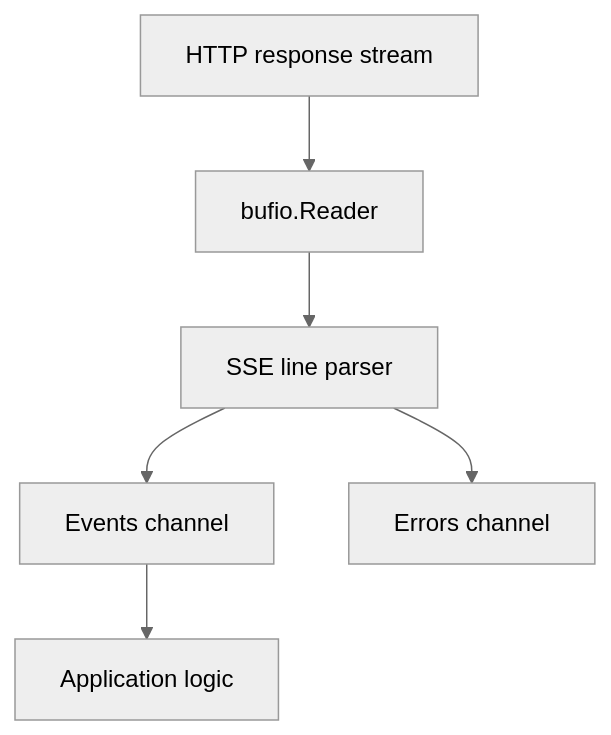
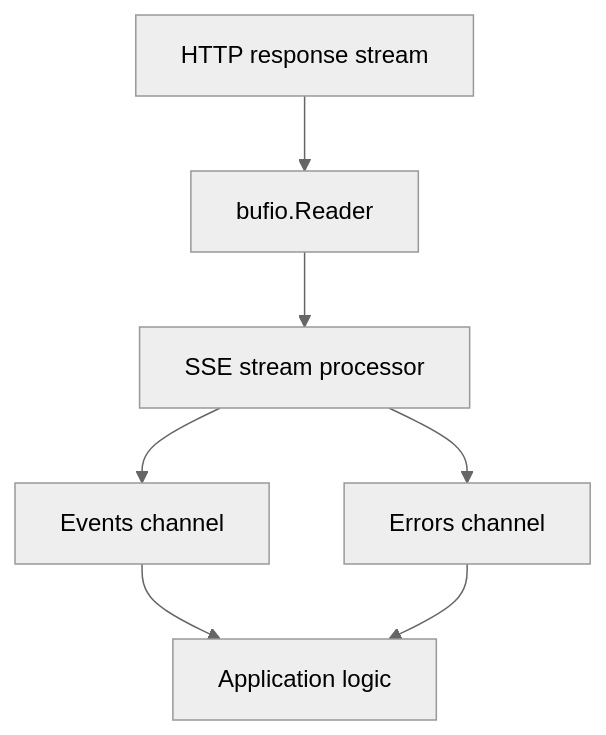
Diagram 14 of 23 in BOOK.md (pergus/api-server), drawn with Mermaid (neutral theme) before and after one commit. The commit also changed other lines of this file, not shown here.

Commit message:
Fixed Listing/Figure numbering

````diff
--- a/BOOK.md
+++ b/BOOK.md
@@ -8638,8 +8645,9 @@
 ```mermaid
 flowchart TD
     A["HTTP response stream"] --> B["bufio.Reader"]
-    B --> C["SSE line parser"]
+    B --> C["SSE stream processor"]
     C --> D["Events channel"]
     C --> E["Errors channel"]
     D --> F["Application logic"]
+    E --> F
 ```
````
